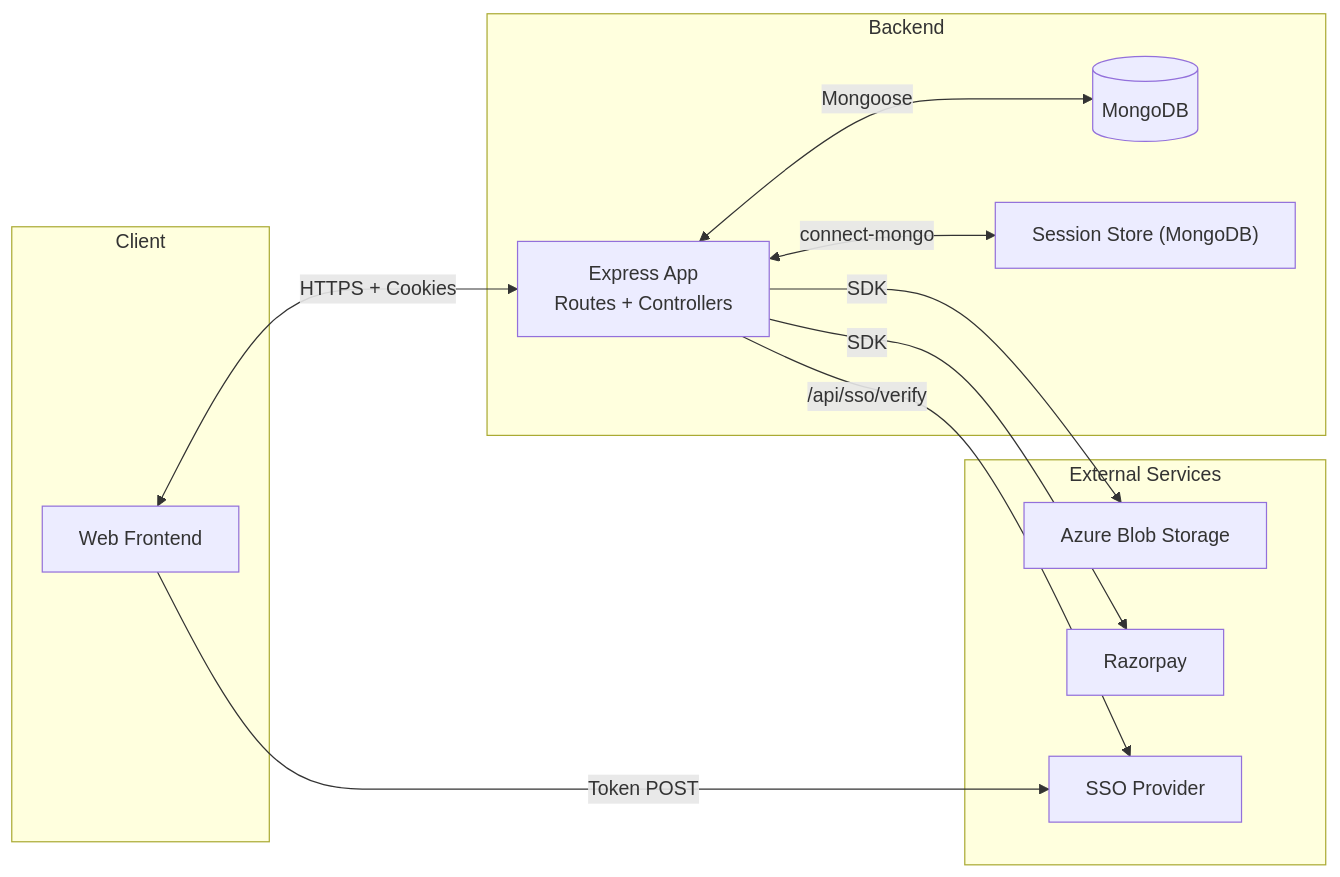
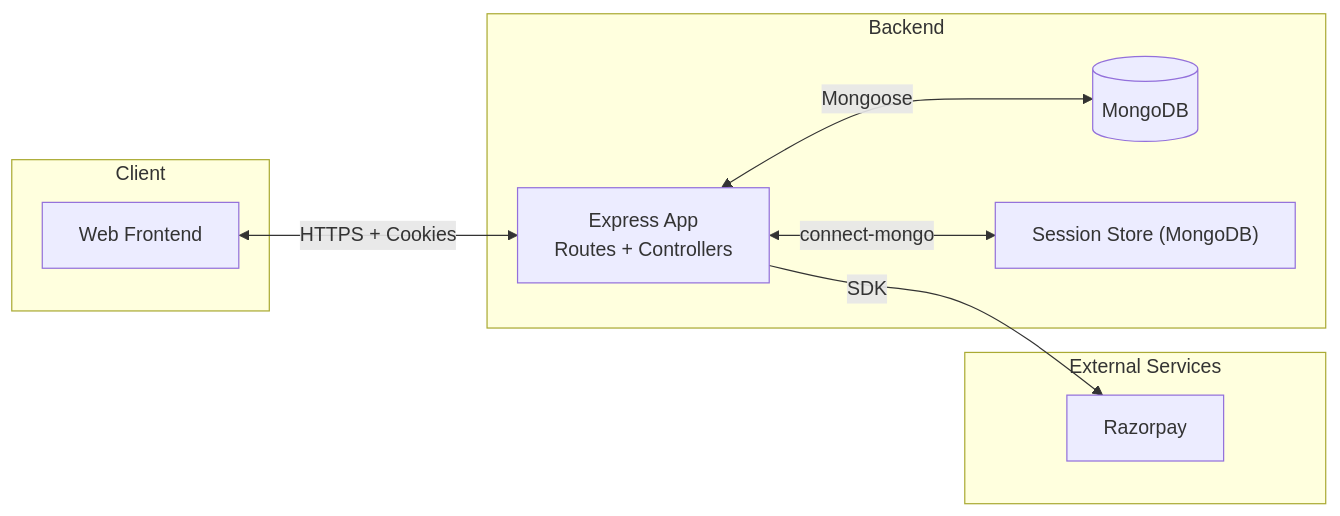
One commit to thisisdkyadav/hostel-management-system-backend changed the first of 21 diagrams in srs.md. Above: the diagram before and after it, drawn with Mermaid. The commit also changed other lines of this file, not shown here.

First line of the commit message:
refactor: Revise Software Requirements Specification (SRS) to remove Azure Blob Storage and SSO references

````diff
--- a/srs.md
+++ b/srs.md
@@ -109,26 +106,22 @@
 ```mermaid
 graph LR
   subgraph Client
     FE["Web Frontend"]
   end
 
   subgraph Backend
     EX["Express App<br/>Routes + Controllers"]
     MS[(MongoDB)]
     SS["Session Store (MongoDB)"]
-  end
+    end
 
   subgraph External Services
-    ABL["Azure Blob Storage"]
     RZP[Razorpay]
-    SSO["SSO Provider"]
   end
 
   FE <--> |HTTPS + Cookies| EX
   EX <--> |Mongoose| MS
   EX <--> |connect-mongo| SS
-  EX --> |SDK| ABL
   EX --> |SDK| RZP
-  FE --> |Token POST| SSO
-  EX --> |/api/sso/verify| SSO
+  %% SSO and Azure storage integrations removed
 ```
````
